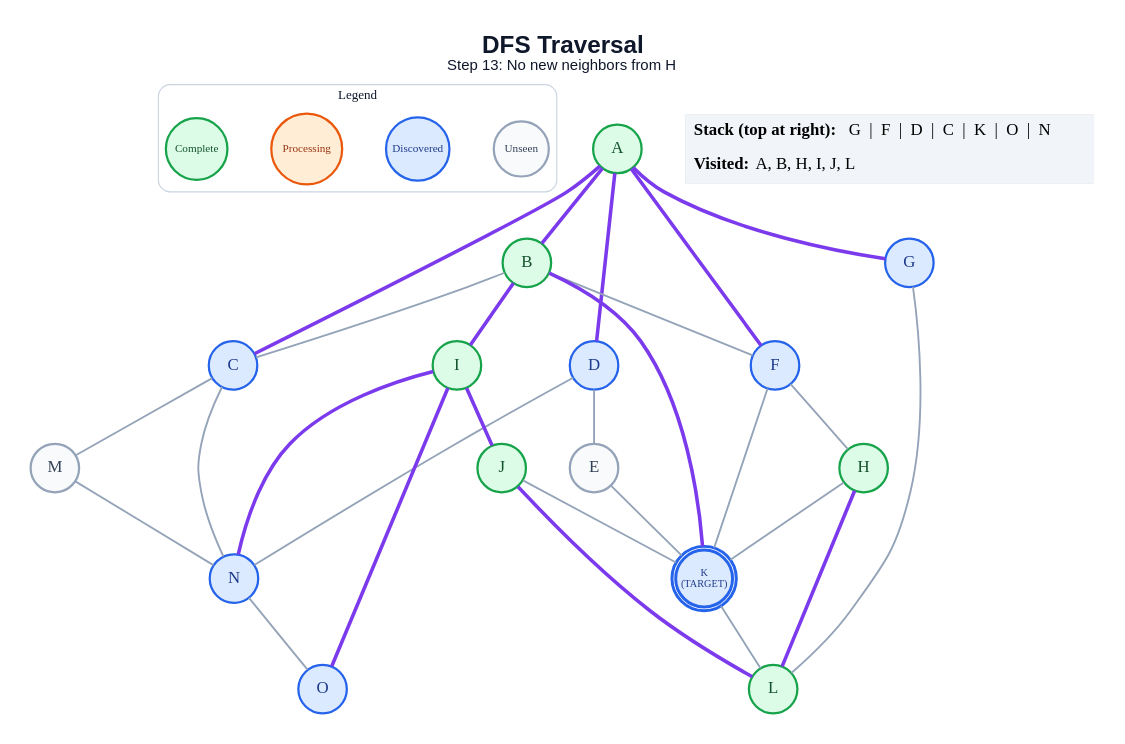
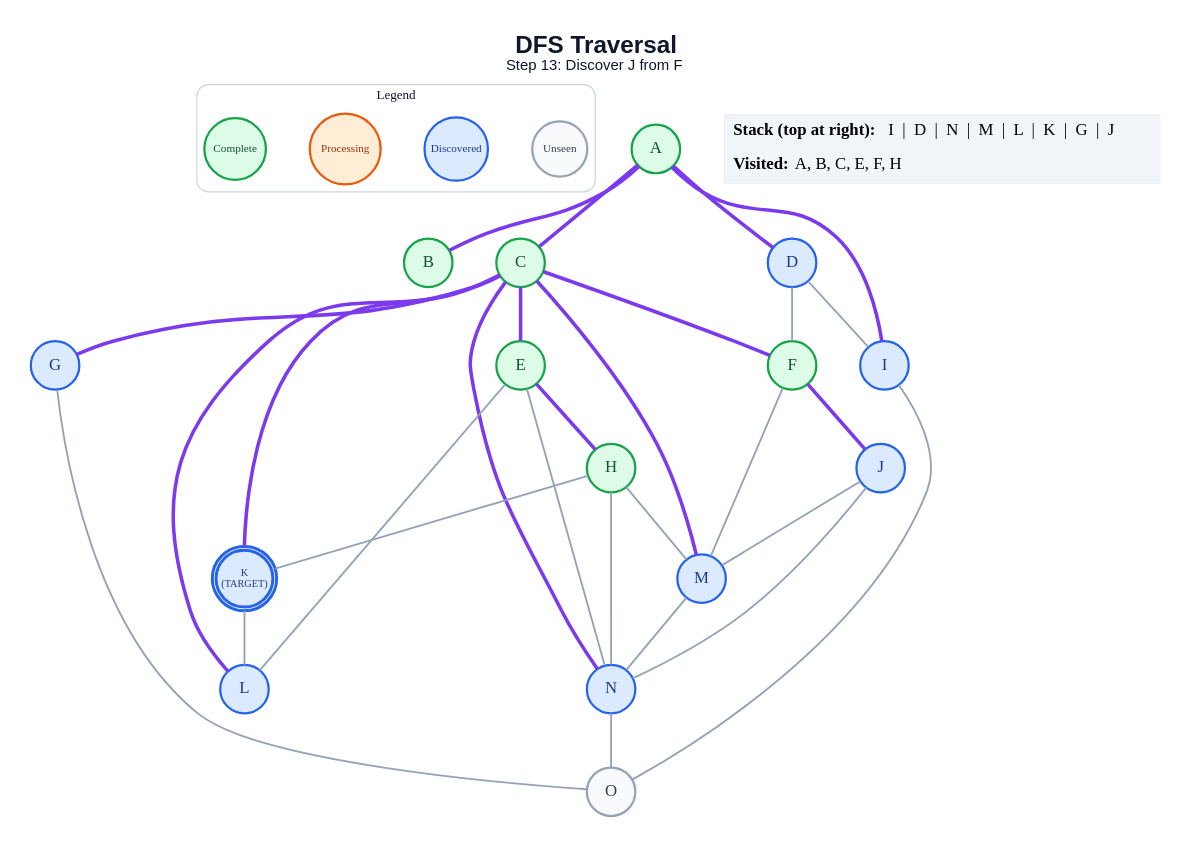
One commit to anon7238593-create/ai-slop changed the diagram in generated/dfs/step_13.dot. Above: the diagram before and after it, drawn with Graphviz. The commit also changed 215 other files, not shown here.

```diff
--- a/generated/dfs/step_13.dot
+++ b/generated/dfs/step_13.dot
@@ -1,61 +1,62 @@
 graph traversal {
   graph [layout=dot, rankdir=TB, bgcolor="#FFFFFF", pad="0.35", nodesep="0.65", ranksep="0.8", fontname="Arial"];
   node [shape=circle, style="filled", fontname="Arial Bold", fontsize=18, width=0.72, fixedsize=true, penwidth=2.4];
   edge [color="#94A3B8", penwidth=2.0];
-  label=<<B>DFS Traversal</B><BR/><FONT POINT-SIZE="16">Step 13: No new neighbors from H</FONT>>; labelloc="t"; fontsize=26; fontname="Arial"; fontcolor="#0F172A";
+  label=<<B>DFS Traversal</B><BR/><FONT POINT-SIZE="16">Step 13: Discover J from F</FONT>>; labelloc="t"; fontsize=26; fontname="Arial"; fontcolor="#0F172A";
   subgraph cluster_legend { label="Legend"; color="#CBD5E1"; penwidth=1.2; style="rounded"; fontsize=14; fontname="Arial Bold";
     key_unseen [label="Unseen", fillcolor="#F8FAFC", color="#94A3B8", fontcolor="#334155", fontsize=12, width=0.82];
     key_frontier [label="Discovered", fillcolor="#DBEAFE", color="#2563EB", fontcolor="#1E3A8A", fontsize=12, width=0.95];
     key_current [label="Processing", fillcolor="#FFEDD5", color="#EA580C", fontcolor="#9A3412", fontsize=12, width=1.05];
     key_done [label="Complete", fillcolor="#DCFCE7", color="#16A34A", fontcolor="#14532D", fontsize=12, width=0.92];
     { rank=same; key_unseen; key_frontier; key_current; key_done; }
   }
   A [label="A", fillcolor="#DCFCE7", color="#16A34A", fontcolor="#14532D", peripheries=1, penwidth=2.4];
   B [label="B", fillcolor="#DCFCE7", color="#16A34A", fontcolor="#14532D", peripheries=1, penwidth=2.4];
-  C [label="C", fillcolor="#DBEAFE", color="#2563EB", fontcolor="#1E3A8A", peripheries=1, penwidth=2.4];
+  C [label="C", fillcolor="#DCFCE7", color="#16A34A", fontcolor="#14532D", peripheries=1, penwidth=2.4];
   D [label="D", fillcolor="#DBEAFE", color="#2563EB", fontcolor="#1E3A8A", peripheries=1, penwidth=2.4];
-  E [label="E", fillcolor="#F8FAFC", color="#94A3B8", fontcolor="#334155", peripheries=1, penwidth=2.4];
-  F [label="F", fillcolor="#DBEAFE", color="#2563EB", fontcolor="#1E3A8A", peripheries=1, penwidth=2.4];
+  E [label="E", fillcolor="#DCFCE7", color="#16A34A", fontcolor="#14532D", peripheries=1, penwidth=2.4];
+  F [label="F", fillcolor="#DCFCE7", color="#16A34A", fontcolor="#14532D", peripheries=1, penwidth=2.4];
   G [label="G", fillcolor="#DBEAFE", color="#2563EB", fontcolor="#1E3A8A", peripheries=1, penwidth=2.4];
   H [label="H", fillcolor="#DCFCE7", color="#16A34A", fontcolor="#14532D", peripheries=1, penwidth=2.4];
-  I [label="I", fillcolor="#DCFCE7", color="#16A34A", fontcolor="#14532D", peripheries=1, penwidth=2.4];
-  J [label="J", fillcolor="#DCFCE7", color="#16A34A", fontcolor="#14532D", peripheries=1, penwidth=2.4];
+  I [label="I", fillcolor="#DBEAFE", color="#2563EB", fontcolor="#1E3A8A", peripheries=1, penwidth=2.4];
+  J [label="J", fillcolor="#DBEAFE", color="#2563EB", fontcolor="#1E3A8A", peripheries=1, penwidth=2.4];
   K [label="K\n(TARGET)", fillcolor="#DBEAFE", color="#2563EB", fontcolor="#1E3A8A", peripheries=2, penwidth=3.2, fontsize=11, width=0.85, height=0.85];
-  L [label="L", fillcolor="#DCFCE7", color="#16A34A", fontcolor="#14532D", peripheries=1, penwidth=2.4];
-  M [label="M", fillcolor="#F8FAFC", color="#94A3B8", fontcolor="#334155", peripheries=1, penwidth=2.4];
+  L [label="L", fillcolor="#DBEAFE", color="#2563EB", fontcolor="#1E3A8A", peripheries=1, penwidth=2.4];
+  M [label="M", fillcolor="#DBEAFE", color="#2563EB", fontcolor="#1E3A8A", peripheries=1, penwidth=2.4];
   N [label="N", fillcolor="#DBEAFE", color="#2563EB", fontcolor="#1E3A8A", peripheries=1, penwidth=2.4];
-  O [label="O", fillcolor="#DBEAFE", color="#2563EB", fontcolor="#1E3A8A", peripheries=1, penwidth=2.4];
+  O [label="O", fillcolor="#F8FAFC", color="#94A3B8", fontcolor="#334155", peripheries=1, penwidth=2.4];
   A -- B [color="#7C3AED", penwidth=3.8];
   A -- C [color="#7C3AED", penwidth=3.8];
   A -- D [color="#7C3AED", penwidth=3.8];
-  A -- F [color="#7C3AED", penwidth=3.8];
-  A -- G [color="#7C3AED", penwidth=3.8];
-  B -- C;
-  B -- F;
-  B -- I [color="#7C3AED", penwidth=3.8];
-  B -- K [color="#7C3AED", penwidth=3.8];
-  C -- M;
-  C -- N;
-  D -- E;
-  D -- N;
-  E -- K;
-  F -- H;
-  F -- K;
-  G -- L;
+  A -- I [color="#7C3AED", penwidth=3.8];
+  C -- E [color="#7C3AED", penwidth=3.8];
+  C -- F [color="#7C3AED", penwidth=3.8];
+  C -- G [color="#7C3AED", penwidth=3.8];
+  C -- K [color="#7C3AED", penwidth=3.8];
+  C -- L [color="#7C3AED", penwidth=3.8];
+  C -- M [color="#7C3AED", penwidth=3.8];
+  C -- N [color="#7C3AED", penwidth=3.8];
+  D -- F;
+  D -- I;
+  E -- H [color="#7C3AED", penwidth=3.8];
+  E -- L;
+  E -- N;
+  F -- J [color="#7C3AED", penwidth=3.8];
+  F -- M;
+  G -- O;
   H -- K;
-  H -- L [color="#7C3AED", penwidth=3.8];
-  I -- J [color="#7C3AED", penwidth=3.8];
-  I -- N [color="#7C3AED", penwidth=3.8];
-  I -- O [color="#7C3AED", penwidth=3.8];
-  J -- K;
-  J -- L [color="#7C3AED", penwidth=3.8];
+  H -- M;
+  H -- N;
+  I -- O;
+  J -- M;
+  J -- N;
   K -- L;
   M -- N;
   N -- O;
   status [shape=plain, fixedsize=false, width=0, height=0, margin=0, label=<
     <TABLE BORDER="0" CELLBORDER="0" CELLPADDING="7" BGCOLOR="#F1F5F9">
-      <TR><TD ALIGN="LEFT"><B>Stack (top at right):</B> G  |  F  |  D  |  C  |  K  |  O  |  N</TD></TR>
-      <TR><TD ALIGN="LEFT"><B>Visited:</B> A, B, H, I, J, L</TD></TR>
+      <TR><TD ALIGN="LEFT"><B>Stack (top at right):</B> I  |  D  |  N  |  M  |  L  |  K  |  G  |  J</TD></TR>
+      <TR><TD ALIGN="LEFT"><B>Visited:</B> A, B, C, E, F, H</TD></TR>
     </TABLE>
   >];
 }
```
